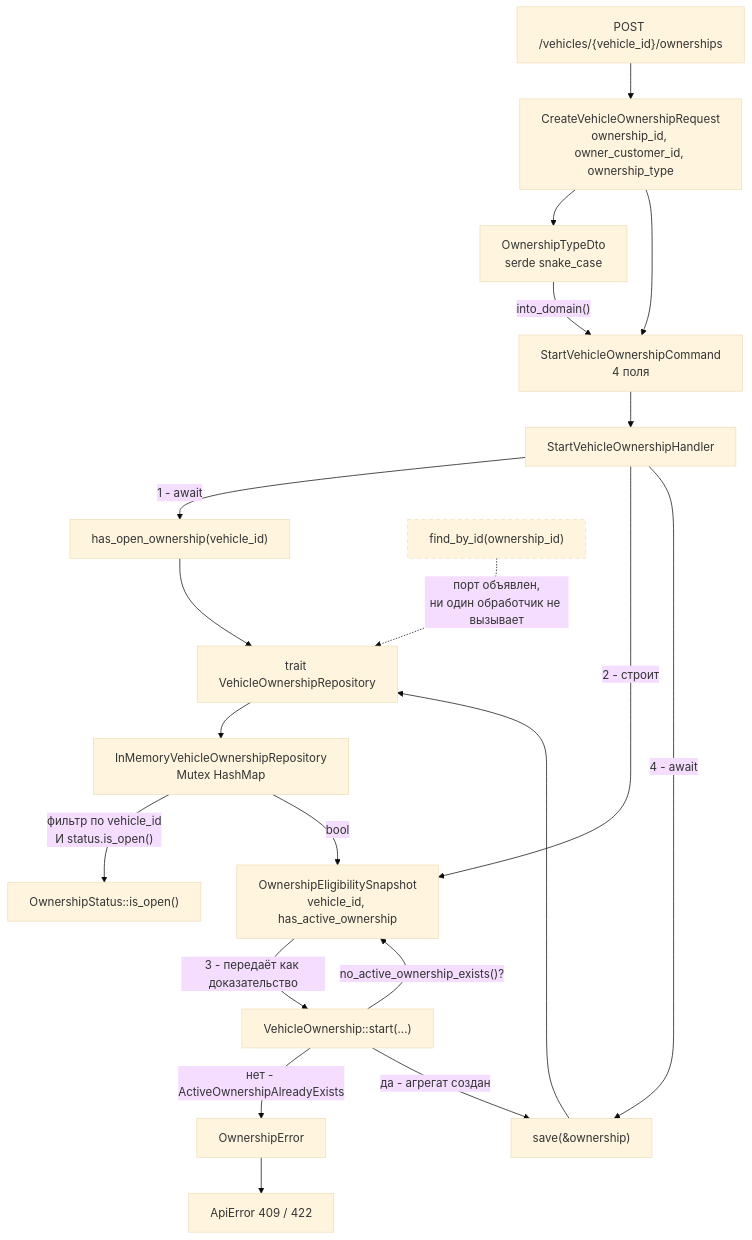
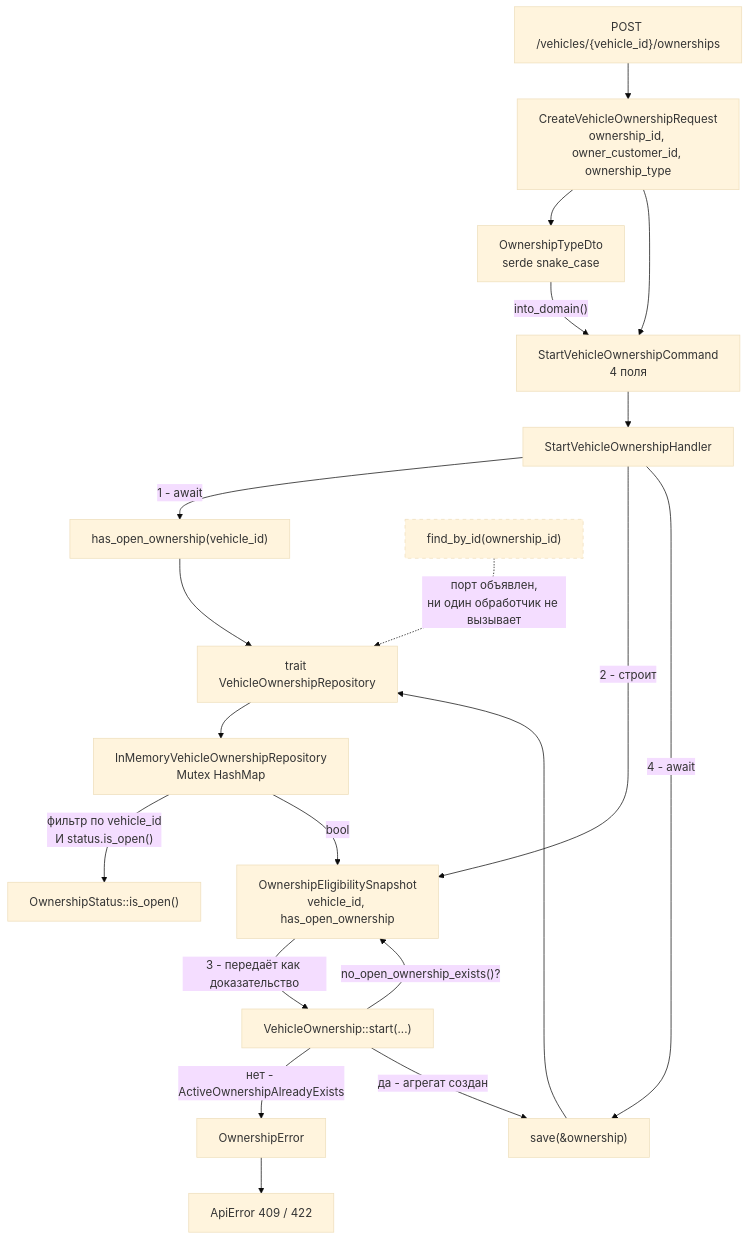
The first of 3 diagrams in docs/architecture/05_vehicle_ownership.md (DeathRustZzZ/PitGO), drawn with Mermaid (base theme) before and after one commit. The commit also changed 12 other files, not shown here.

Commit message:
test(backend): add api error mapping tests and updated diagrams

````diff
--- a/docs/architecture/05_vehicle_ownership.md
+++ b/docs/architecture/05_vehicle_ownership.md
@@ -22,52 +22,52 @@
 ```mermaid
 flowchart TD
 
   R["POST /vehicles/{vehicle_id}/ownerships"]
   DTO["CreateVehicleOwnershipRequest<br/>ownership_id, owner_customer_id, ownership_type"]
   TDTO["OwnershipTypeDto<br/>serde snake_case"]
   CMD["StartVehicleOwnershipCommand<br/>4 поля"]
 
   H["StartVehicleOwnershipHandler"]
 
   PORT["trait VehicleOwnershipRepository"]
   M1["has_open_ownership(vehicle_id)"]
   M2["save(&ownership)"]
   M3["find_by_id(ownership_id)"]
 
   ADP["InMemoryVehicleOwnershipRepository<br/>Mutex HashMap"]
 
-  SNAP["OwnershipEligibilitySnapshot<br/>vehicle_id, has_active_ownership"]
+  SNAP["OwnershipEligibilitySnapshot<br/>vehicle_id, has_open_ownership"]
   AGG["VehicleOwnership::start(...)"]
   ISOPEN["OwnershipStatus::is_open()"]
 
   ERR["OwnershipError"]
   APIERR["ApiError 409 / 422"]
 
   R --> DTO
   DTO --> TDTO
   TDTO -->|"into_domain()"| CMD
   DTO --> CMD
   CMD --> H
 
   H -->|"1 - await"| M1
   M1 --> PORT
   PORT --> ADP
   ADP -->|"фильтр по vehicle_id<br/>И status.is_open()"| ISOPEN
   ADP -->|"bool"| SNAP
 
   H -->|"2 - строит"| SNAP
   SNAP -->|"3 - передаёт как доказательство"| AGG
-  AGG -->|"no_active_ownership_exists()?"| SNAP
+  AGG -->|"no_open_ownership_exists()?"| SNAP
   AGG -->|"нет - ActiveOwnershipAlreadyExists"| ERR
   AGG -->|"да - агрегат создан"| M2
 
   H -->|"4 - await"| M2
   M2 --> PORT
 
   M3 -.->|"порт объявлен,<br/>ни один обработчик не вызывает"| PORT
 
   ERR --> APIERR
 
   classDef unused stroke-dasharray: 5 5
   class M3 unused
 ```
````
